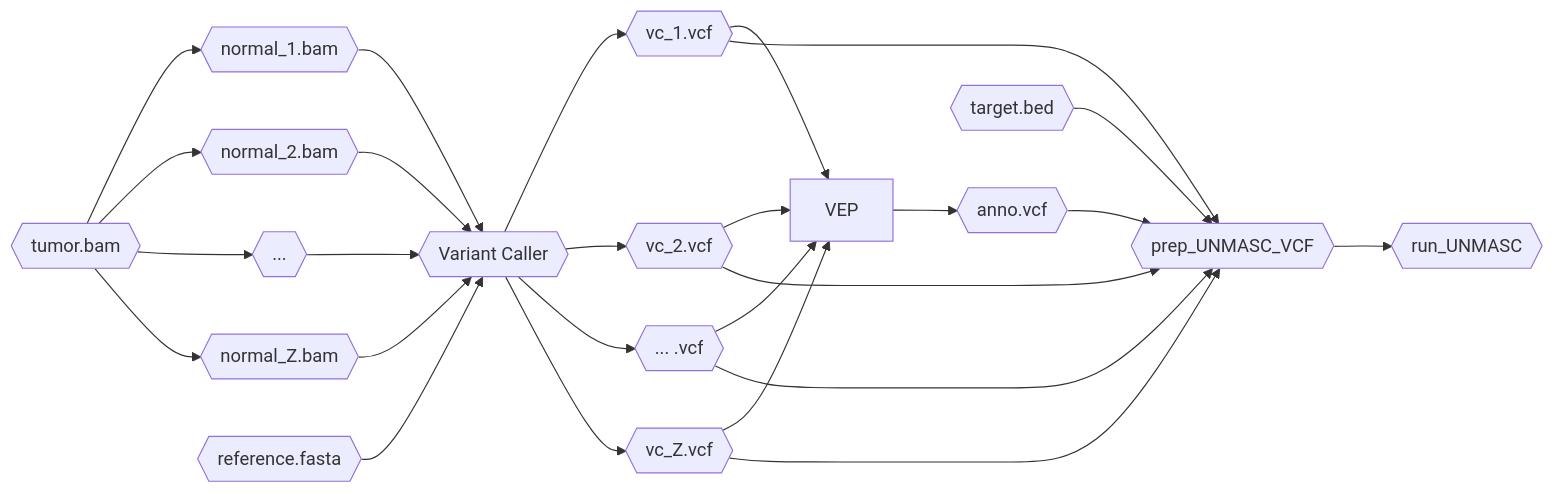
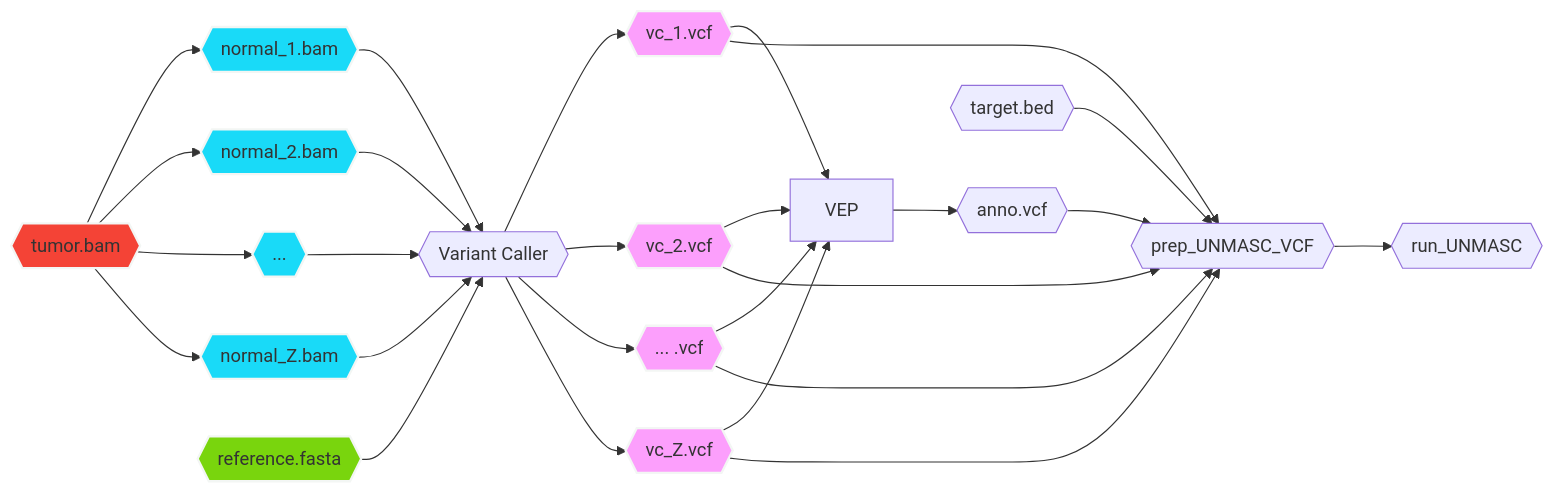
The diagram in workflow/inputs.md (pllittle/UNMASC), drawn with Mermaid before and after one commit.

Commit message:
flow colors

````diff
--- a/workflow/inputs.md
+++ b/workflow/inputs.md
@@ -14,10 +14,21 @@
 ```mermaid
 flowchart LR;
 	tbam{{tumor.bam}} --> nbam1{{normal_1.bam}} & nbam2{{normal_2.bam}} & dots{{...}} & nbamZ{{normal_Z.bam}} --> caller{{Variant Caller}}
 	caller --> vcf1{{vc_1.vcf}} & vcf2{{vc_2.vcf}} & dotsv{{... .vcf}} & vcfZ{{vc_Z.vcf}}
 	fasta{{reference.fasta}} --> caller
 	vcf1 & vcf2 & dotsv & vcfZ --> VEP --> anno{{anno.vcf}}
 	vcf1 & vcf2 & dotsv & vcfZ & anno --> prepU{{prep_UNMASC_VCF}}
 	targ{{target.bed}} --> prepU
 	prepU --> UNMASC{{run_UNMASC}}
+	
+	classDef myred fill:#f44336,stroke:#f3f6f4,stroke-width:2px
+	classDef myblue fill:#19daf8,stroke:#f3f6f4,stroke-width:2px
+	classDef mygreen fill:#79d50d,stroke:#f3f6f4,stroke-width:2px
+	classDef mymagenta fill:#fc9ffc,stroke:#f3f6f4,stroke-width:2px
+	
+	class tbam myred
+	class nbam1,nbam2,dots,nbamZ myblue
+	class fasta mygreen
+	class vcf1,vcf2,dotsv,vcfZ mymagenta
+	
 ```
````
